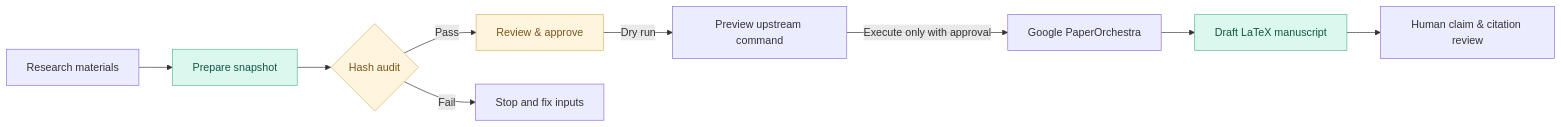
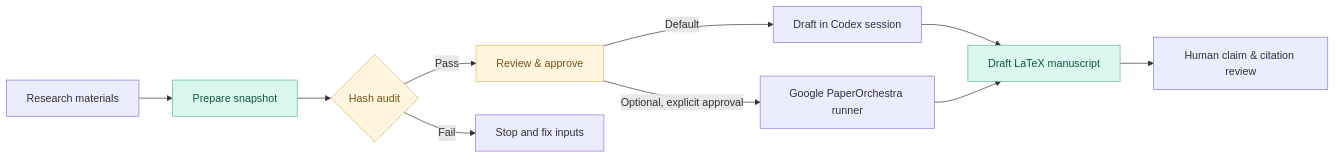
The diagram in README.md (Harmain11/paper-orchestra-codex), drawn with Mermaid before and after one commit. The commit also changed other lines of this file, not shown here.

Commit message:
Make Codex-native drafting the default (v0.2.2)

````diff
--- a/README.md
+++ b/README.md
@@ -31,15 +31,16 @@
 ```mermaid
 flowchart LR
   A[Research materials] --> B[Prepare snapshot]
   B --> C{Hash audit}
   C -->|Pass| D[Review & approve]
   C -->|Fail| X[Stop and fix inputs]
-  D -->|Dry run| E[Preview upstream command]
-  E -->|Execute only with approval| F[Google PaperOrchestra]
-  F --> G[Draft LaTeX manuscript]
+  D -->|Default| E[Draft in Codex session]
+  D -->|Optional, explicit approval| F[Google PaperOrchestra runner]
+  E --> G[Draft LaTeX manuscript]
+  F --> G
   G --> H[Human claim & citation review]
   classDef good fill:#daf8ed,color:#135544,stroke:#62b39a
   classDef caution fill:#fff4dd,color:#79551b,stroke:#dbb86c
   class C,D caution
   class B,G good
 ```
````
